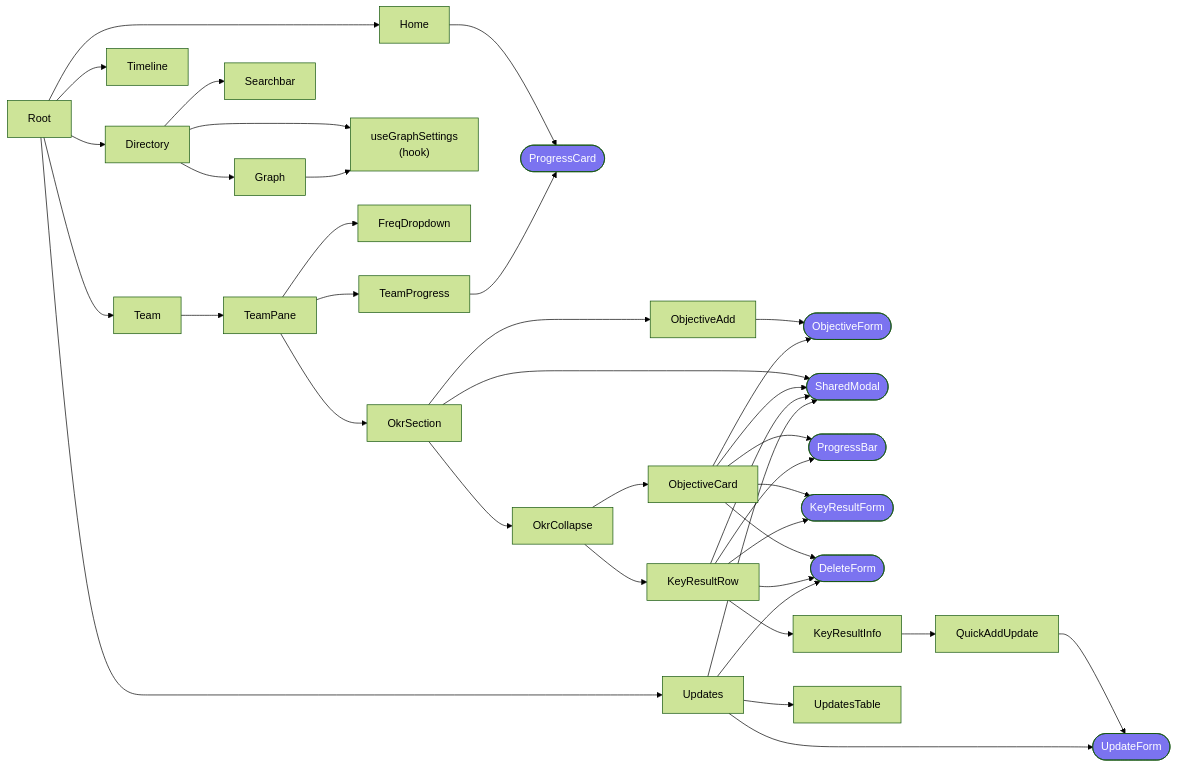
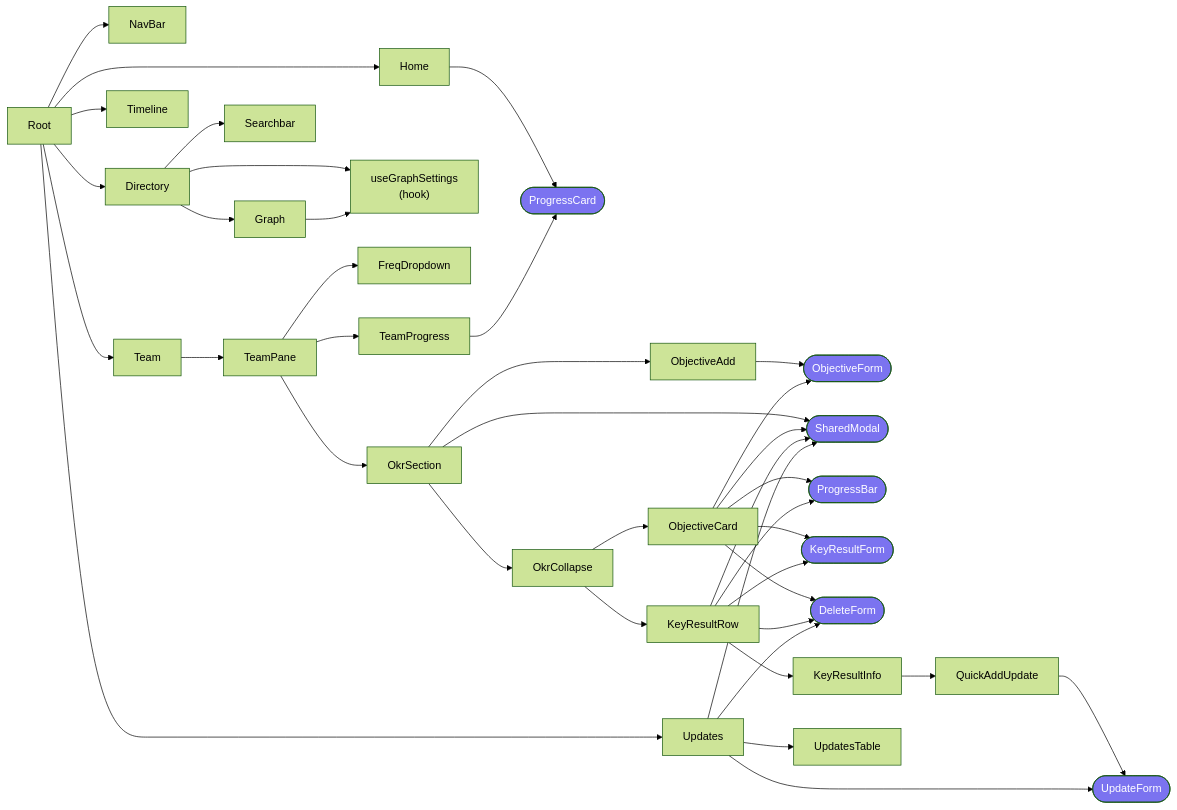
One commit to chrischow/rokr changed the second of 6 diagrams in dev/README.md. Above: the diagram before and after it, drawn with Mermaid (forest theme). The commit also changed other lines of this file, not shown here.

````diff
--- a/dev/README.md
+++ b/dev/README.md
@@ -96,57 +98,58 @@
 ```mermaid
 graph LR
   %% Top-level components
+  Root --> NavBar
   Root --> Home
   Root --> Team
   Root --> Updates
   Root --> Timeline
   Root --> Directory
   
   %%Directory
   Directory --> Graph
   Directory --> Searchbar
   Directory --> UGS["useGraphSettings<br>(hook)"]
   Graph --> UGS
 
   %% Home
   Home --> PC([ProgressCard])
 
   %% Team
   Team --> TeamPane
   TeamPane --> FreqDropdown
   TeamPane --> TeamProgress
   TeamPane --> OkrSection
 
   TeamProgress --> PC
 
   OkrSection --> ObjectiveAdd
   OkrSection --> OkrCollapse
   ObjectiveAdd --> OF([ObjectiveForm])
   OkrSection --> SM([SharedModal])
 
   OkrCollapse --> KeyResultRow
   OkrCollapse --> ObjectiveCard
 
   ObjectiveCard --> SM
   ObjectiveCard --> PB([ProgressBar])
   ObjectiveCard --> OF
   ObjectiveCard --> KRF([KeyResultForm])
   ObjectiveCard --> DF([DeleteForm])
 
   KeyResultRow --> PB
   KeyResultRow --> SM
   KeyResultRow --> KeyResultInfo
   KeyResultRow --> KRF
   KeyResultRow --> DF
 
   KeyResultInfo --> QuickAddUpdate
   QuickAddUpdate --> UF([UpdateForm])
 
   Updates --> SM
   Updates --> UpdatesTable
   Updates --> UF
   Updates --> DF
 
   classDef shared fill:#7b73f0,color:white
   class PC,SM,DF,UF,OF,KRF,PB shared
 ```
````
